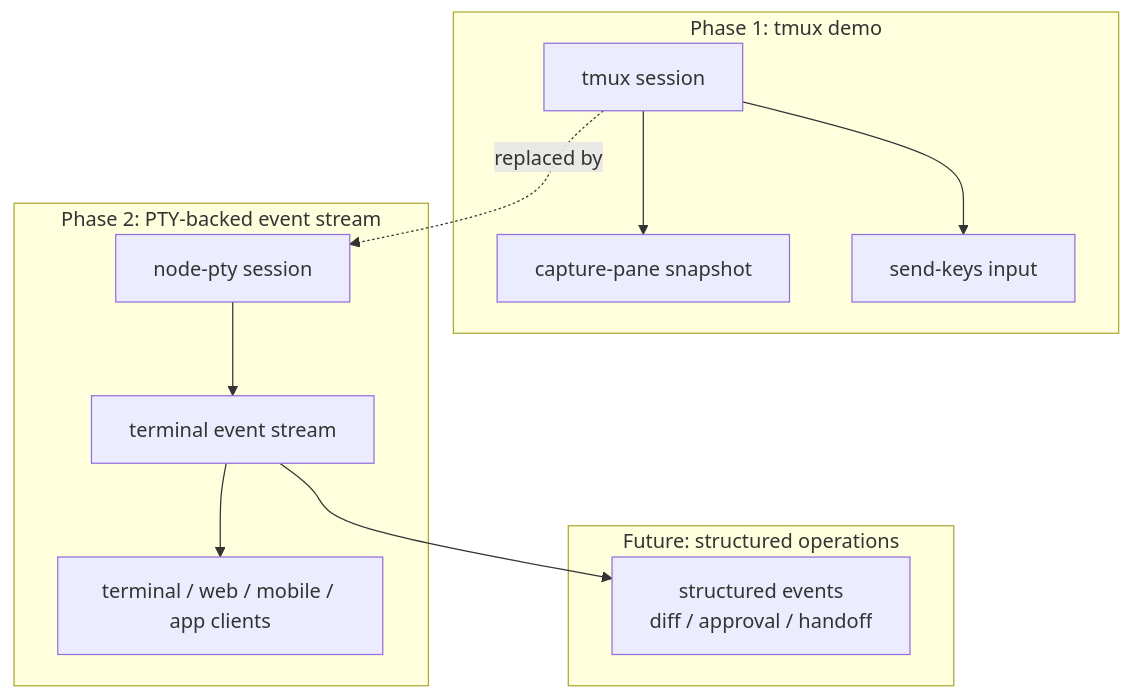
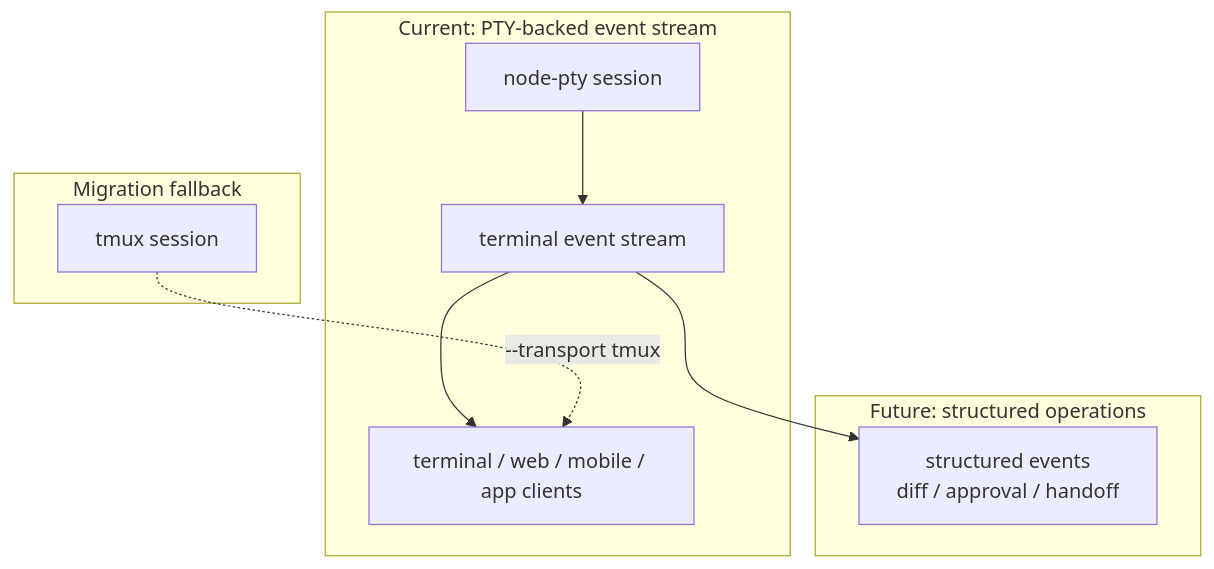
One commit to TetherAgent/tether changed the first of 4 diagrams in README.md. Above: the diagram before and after it, drawn with Mermaid. The commit also changed other lines of this file and 11 other files, not shown here.

First line of the commit message:
feat: update documentation and commands for Tether Gateway and PTY event stream

````diff
--- a/README.md
+++ b/README.md
@@ -103,24 +103,20 @@
 ```mermaid
 flowchart TB
-  subgraph p1[Phase 1: tmux demo]
-    tmux[tmux session]
-    snapshot[capture-pane snapshot]
-    sendkeys[send-keys input]
-  end
-
-  subgraph p2[Phase 2: PTY-backed event stream]
+  subgraph current[Current: PTY-backed event stream]
     pty[node-pty session]
     events[terminal event stream]
     clients[terminal / web / mobile / app clients]
+  end
+
+  subgraph fallback[Migration fallback]
+    tmux[tmux session]
   end
 
   subgraph future[Future: structured operations]
     structured[structured events<br/>diff / approval / handoff]
   end
 
-  tmux --> snapshot
-  tmux --> sendkeys
-  tmux -. replaced by .-> pty
   pty --> events --> clients
+  tmux -. --transport tmux .-> clients
   events --> structured
 ```
````
